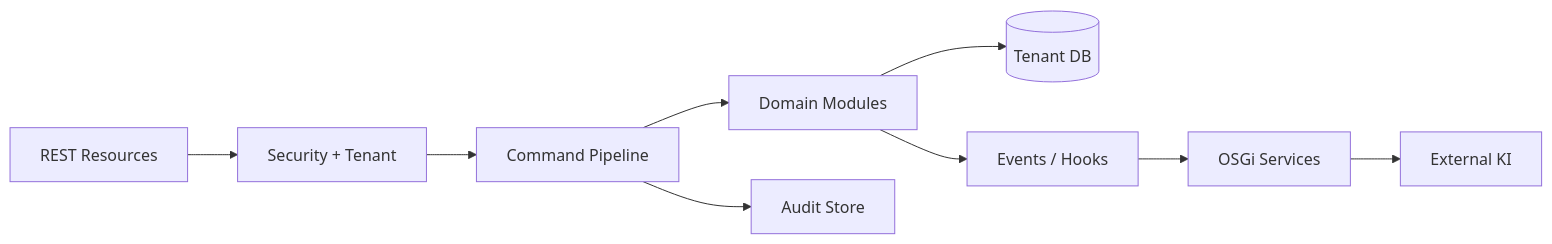
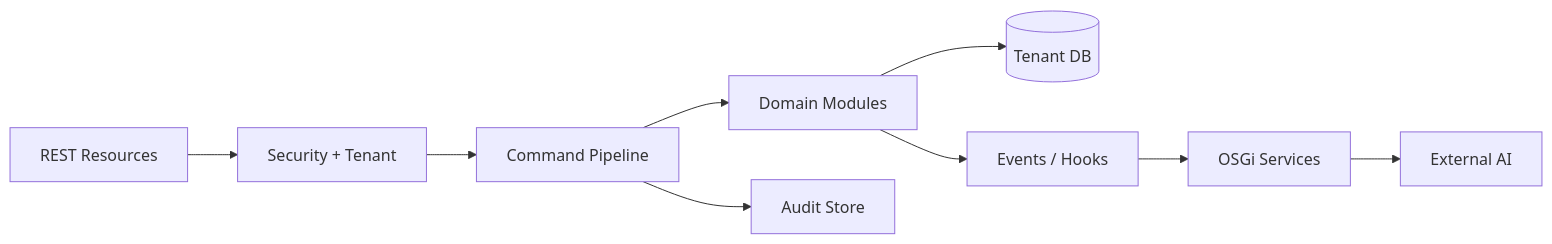
The third of 4 diagrams in docs/arc42/02_context_and_scope.md (RainerMaxWallscheid/fineract-osgi), drawn with Mermaid before and after one commit. The commit also changed other lines of this file and 38 other files, not shown here.

````diff
--- a/docs/arc42/02_context_and_scope.md
+++ b/docs/arc42/02_context_and_scope.md
@@ -167,11 +167,11 @@
 ```mermaid
 flowchart LR
     REST[REST Resources] --> SEC[Security + Tenant]
     SEC --> CMD[Command Pipeline]
     CMD --> DOM[Domain Modules]
     DOM --> DB[(Tenant DB)]
     DOM --> EVT[Events / Hooks]
     EVT --> OSGi[OSGi Services]
-    OSGi --> KI[External KI]
+    OSGi --> KI[External AI]
     CMD --> AUD[Audit Store]
 ```
````
